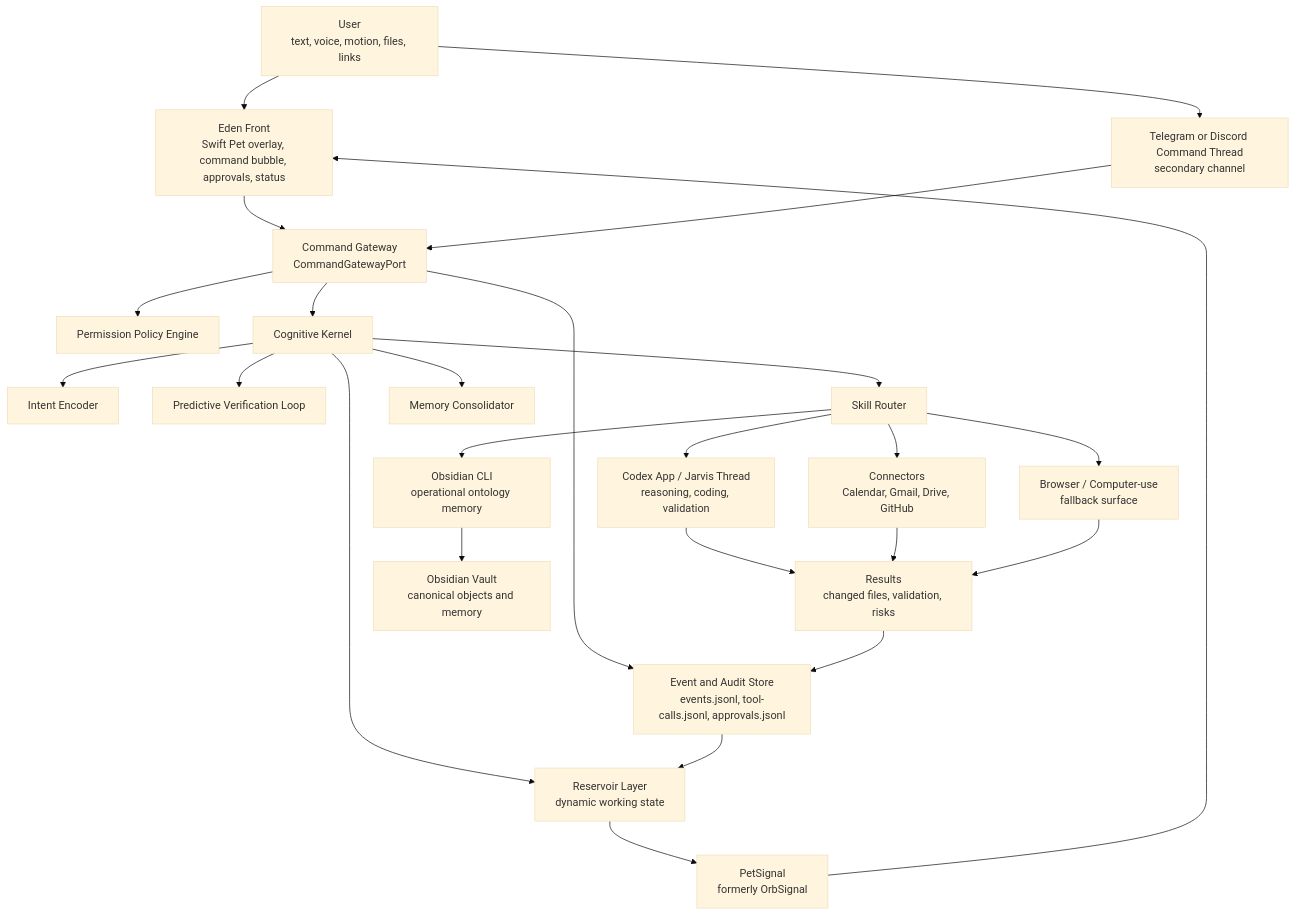
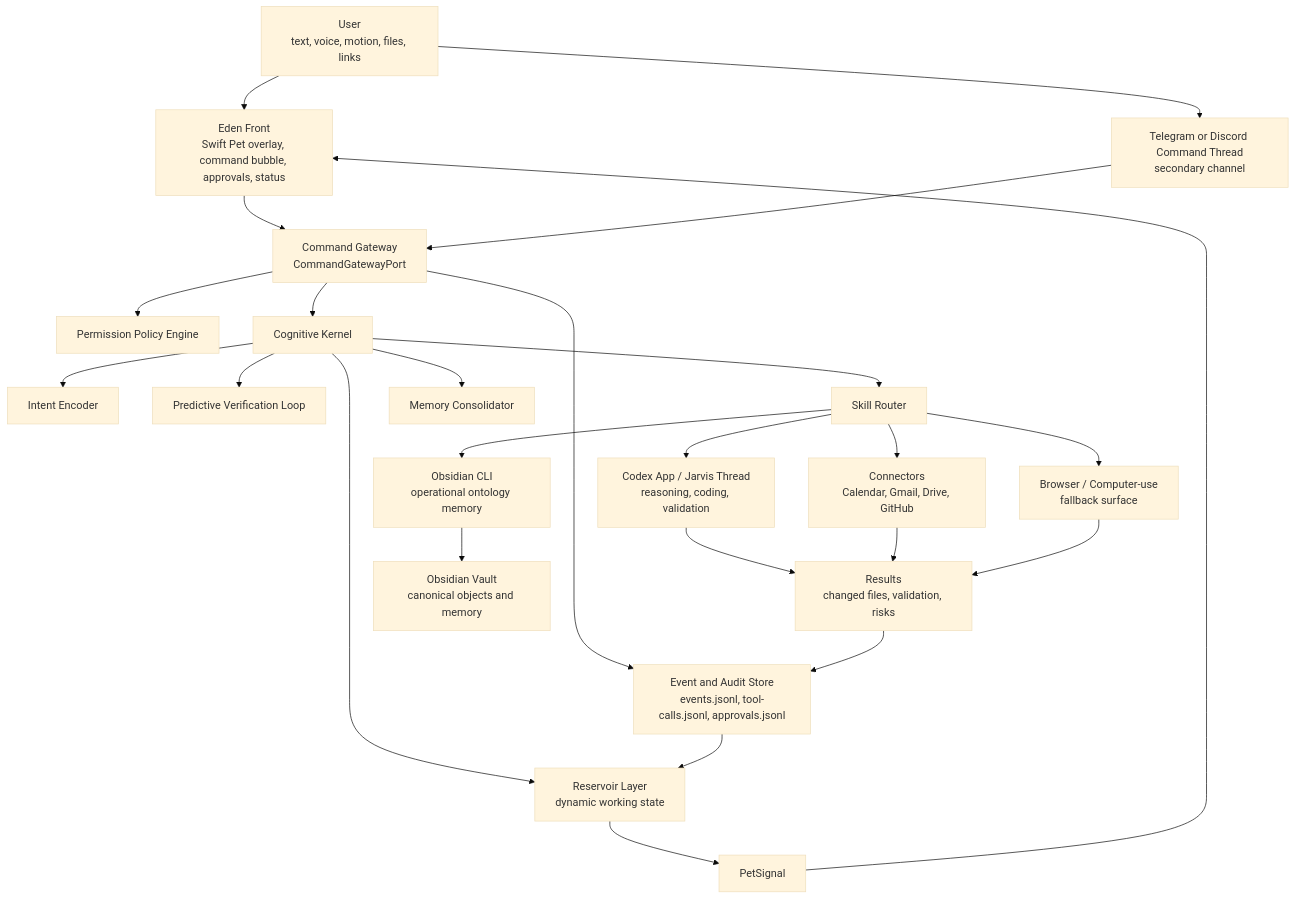
One commit to Merchantlee99/Eden_agent changed the first of 19 diagrams in docs/blueprints/current/Eden_Jarvis_Final_Blueprint.md. Above: the diagram before and after it, drawn with Mermaid (base theme). The commit also changed other lines of this file and 17 other files, not shown here.

````diff
--- a/docs/blueprints/current/Eden_Jarvis_Final_Blueprint.md
+++ b/docs/blueprints/current/Eden_Jarvis_Final_Blueprint.md
@@ -53,33 +61,33 @@
 ```mermaid
 flowchart TD
   User["User<br/>text, voice, motion, files, links"] --> Front["Eden Front<br/>Swift Pet overlay, command bubble, approvals, status"]
   User --> Mobile["Telegram or Discord Command Thread<br/>secondary channel"]
 
   Front --> Gateway["Command Gateway<br/>CommandGatewayPort"]
   Mobile --> Gateway
 
   Gateway --> Policy["Permission Policy Engine"]
   Gateway --> Audit["Event and Audit Store<br/>events.jsonl, tool-calls.jsonl, approvals.jsonl"]
   Gateway --> Kernel["Cognitive Kernel"]
 
   Kernel --> Intent["Intent Encoder"]
   Kernel --> Reservoir["Reservoir Layer<br/>dynamic working state"]
   Kernel --> Predictive["Predictive Verification Loop"]
   Kernel --> Skills["Skill Router"]
   Kernel --> Consolidator["Memory Consolidator"]
 
   Skills --> Codex["Codex App / Jarvis Thread<br/>reasoning, coding, validation"]
   Skills --> Obsidian["Obsidian CLI<br/>operational ontology memory"]
   Skills --> Connectors["Connectors<br/>Calendar, Gmail, Drive, GitHub"]
   Skills --> Browser["Browser / Computer-use<br/>fallback surface"]
 
   Codex --> Results["Results<br/>changed files, validation, risks"]
   Obsidian --> Vault["Obsidian Vault<br/>canonical objects and memory"]
   Connectors --> Results
   Browser --> Results
 
   Results --> Audit
   Audit --> Reservoir
-  Reservoir --> PetSignal["PetSignal<br/>formerly OrbSignal"]
+  Reservoir --> PetSignal["PetSignal"]
   PetSignal --> Front
 ```
````
